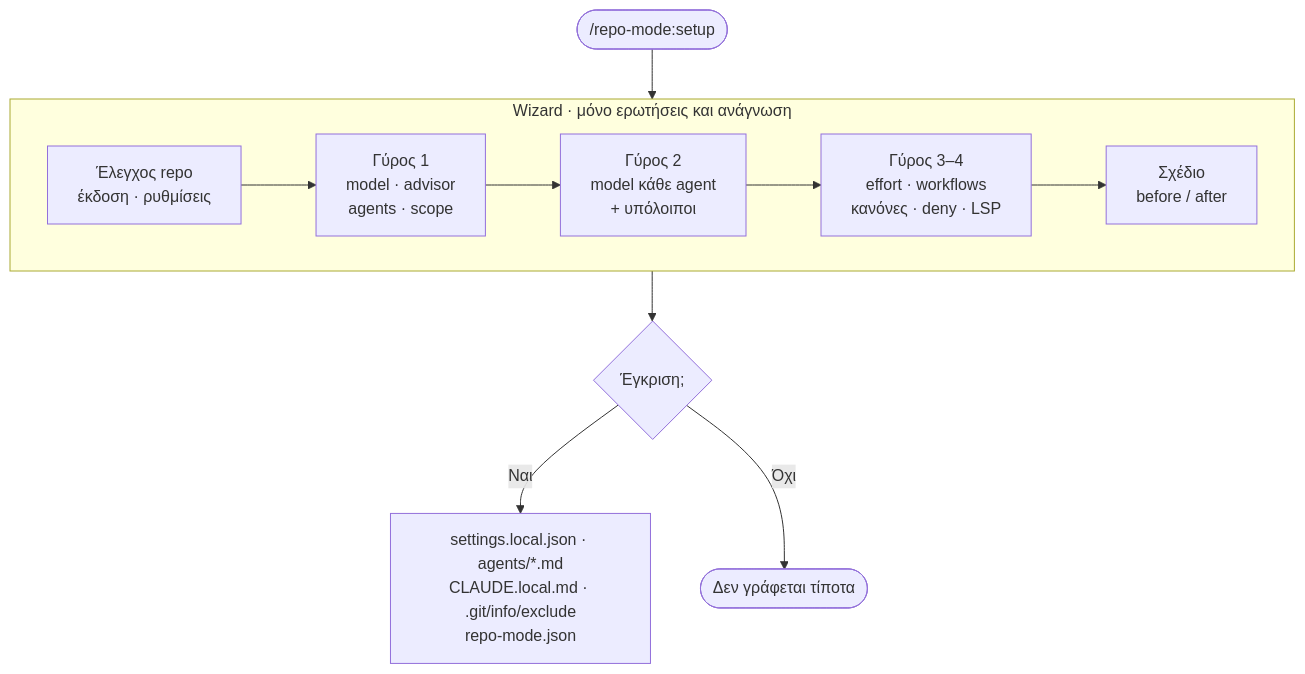
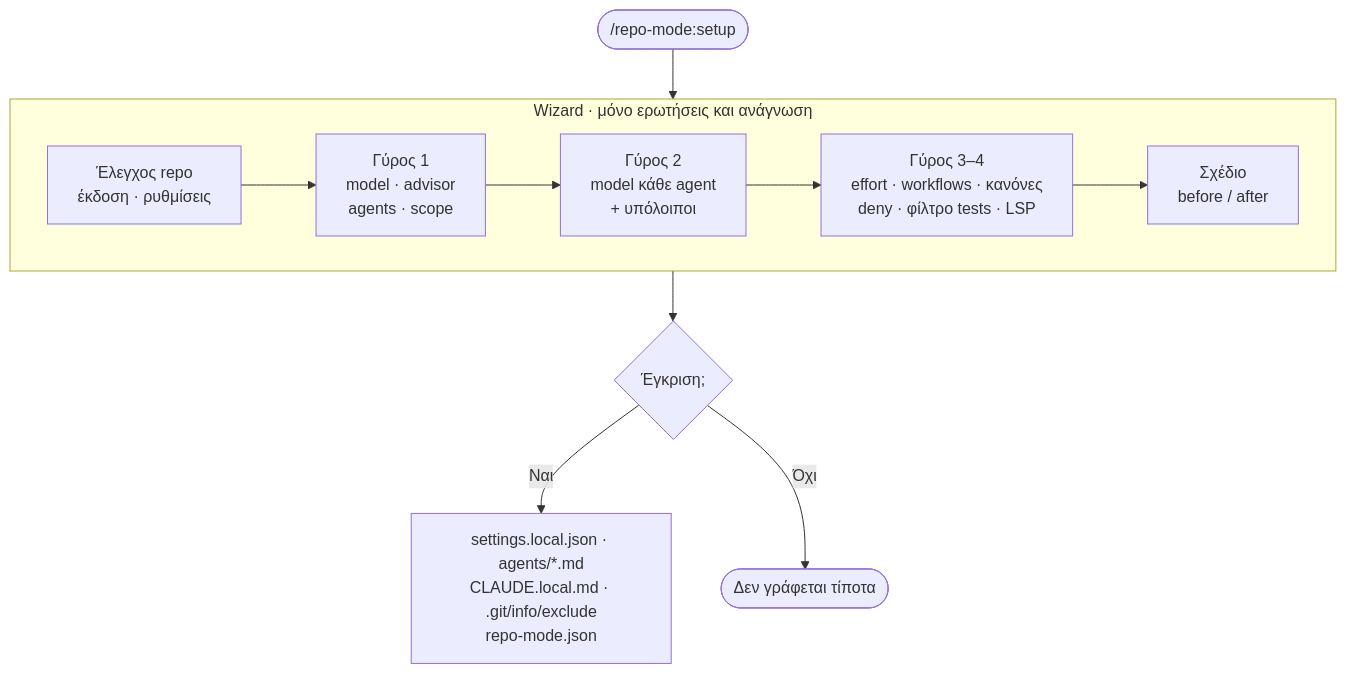
One commit to kniko/claude-plugins changed the second of 2 diagrams in plugins/repo-mode/README.md. Above: the diagram before and after it, drawn with Mermaid. The commit also changed other lines of this file and 7 other files, not shown here.

````diff
--- a/plugins/repo-mode/README.md
+++ b/plugins/repo-mode/README.md
@@ -73,11 +74,11 @@
 ```mermaid
 flowchart TD
     S(["/repo-mode:setup"]) --> WZ
     subgraph WZ ["Wizard · μόνο ερωτήσεις και ανάγνωση"]
         direction LR
-        W0["Έλεγχος repo<br/>έκδοση · ρυθμίσεις"] --> W1["Γύρος 1<br/>model · advisor<br/>agents · scope"] --> W2["Γύρος 2<br/>model κάθε agent<br/>+ υπόλοιποι"] --> W3["Γύρος 3–4<br/>effort · workflows<br/>κανόνες · deny · LSP"] --> W4["Σχέδιο<br/>before / after"]
+        W0["Έλεγχος repo<br/>έκδοση · ρυθμίσεις"] --> W1["Γύρος 1<br/>model · advisor<br/>agents · scope"] --> W2["Γύρος 2<br/>model κάθε agent<br/>+ υπόλοιποι"] --> W3["Γύρος 3–4<br/>effort · workflows · κανόνες<br/>deny · φίλτρο tests · LSP"] --> W4["Σχέδιο<br/>before / after"]
     end
     WZ --> Q{"Έγκριση;"}
     Q -->|"Ναι"| F["settings.local.json · agents/*.md<br/>CLAUDE.local.md · .git/info/exclude<br/>repo-mode.json"]
     Q -->|"Όχι"| X(["Δεν γράφεται τίποτα"])
 ```
````
